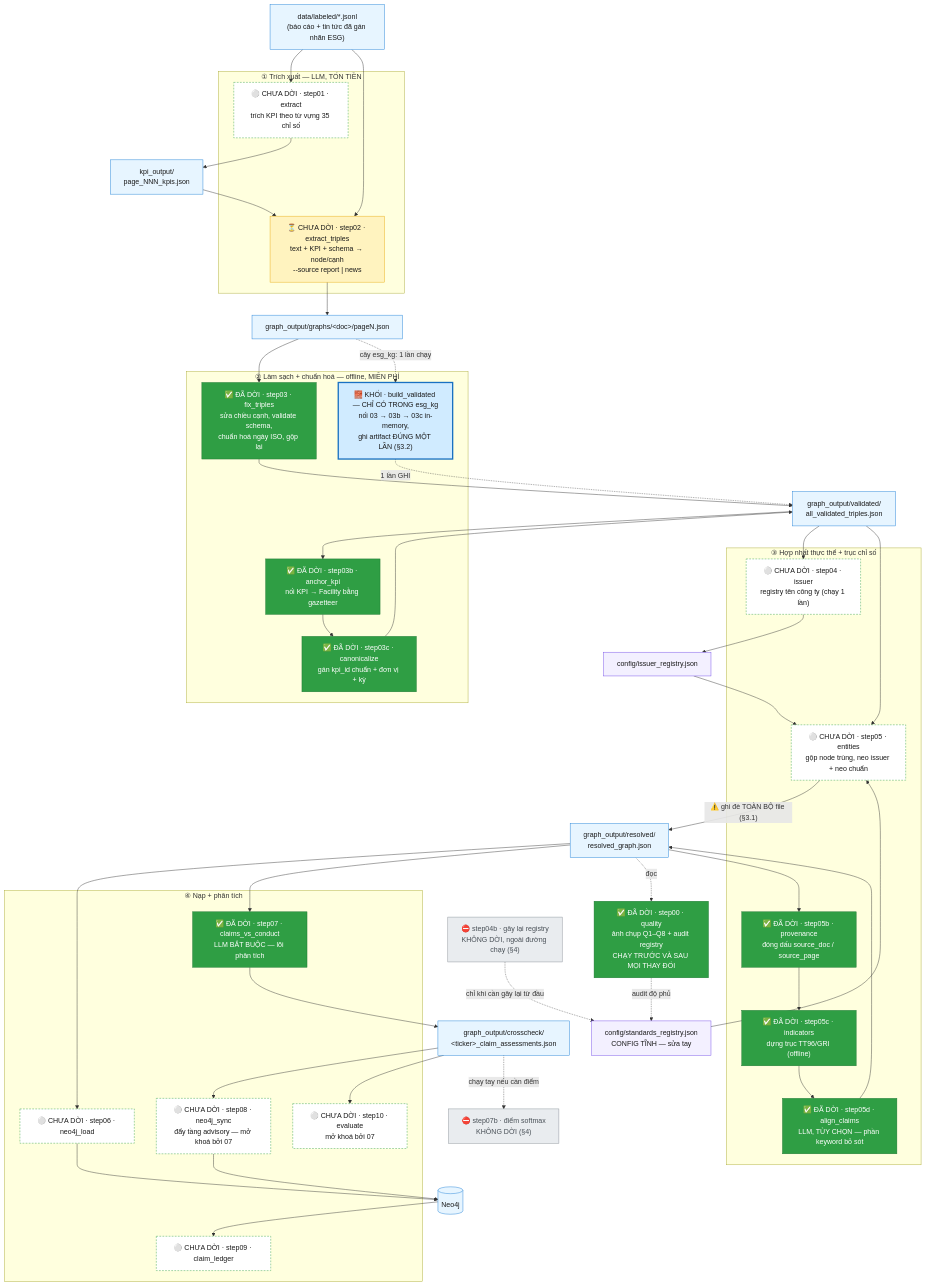
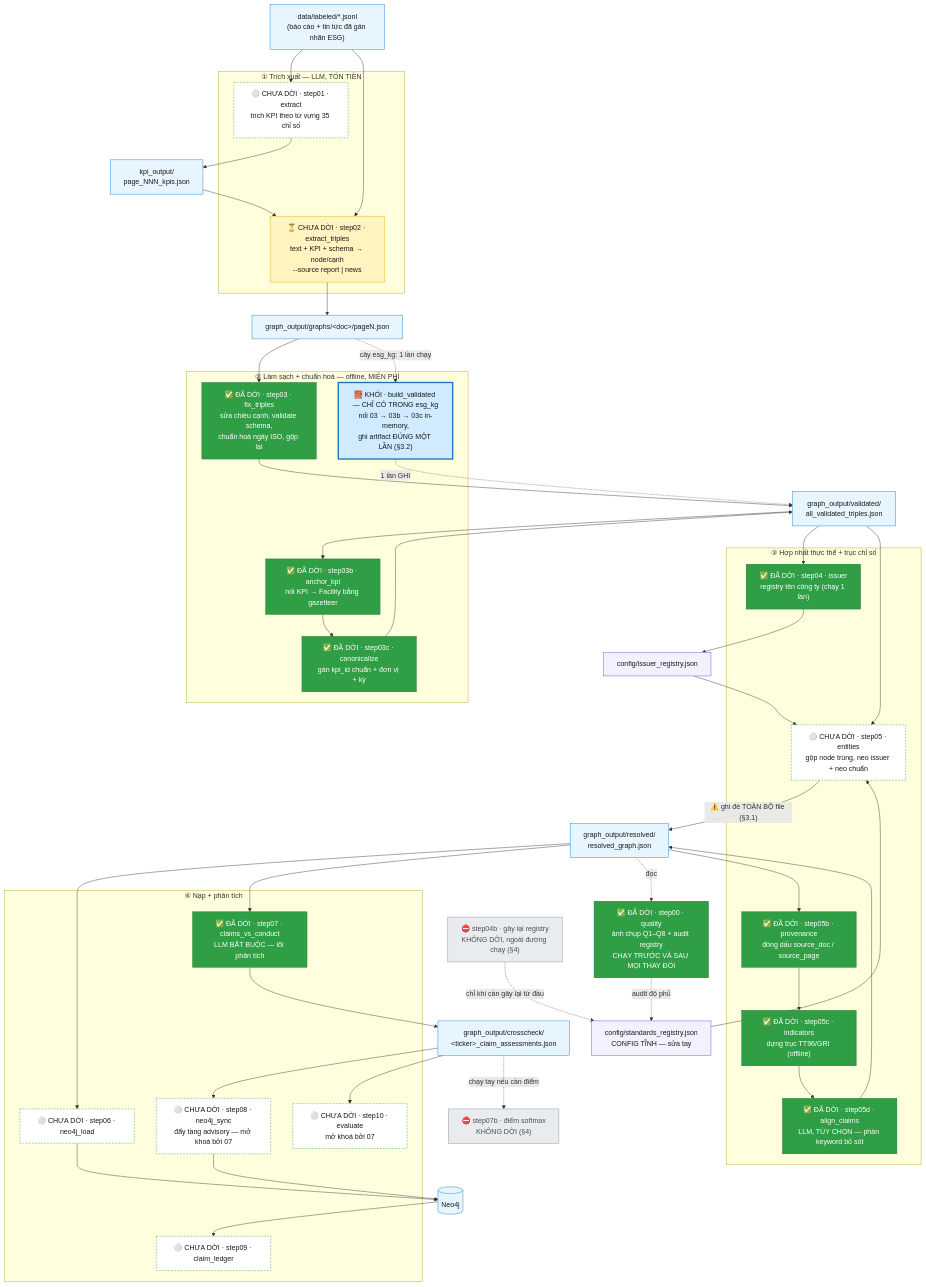
One commit to TranBaDat2607/capstone_test1 changed the first of 4 diagrams in src_module/PIPELINE.md. Above: the diagram before and after it, drawn with Mermaid. The commit also changed other lines of this file and 5 other files, not shown here.

First line of the commit message:
refactor(esg_kg): move step04 to registry/issuer.py (9th stage migrated)

````diff
--- a/src_module/PIPELINE.md
+++ b/src_module/PIPELINE.md
@@ -90,75 +110,75 @@
 ```mermaid
 flowchart TD
     classDef migrated fill:#2f9e44,stroke:#1a7431,color:#ffffff
     classDef ready    fill:#ffffff,stroke:#2f9e44,stroke-dasharray:4 3,color:#1a1a1a
     classDef pending  fill:#fff3bf,stroke:#e8a90c,color:#1a1a1a
     classDef notport  fill:#e9ecef,stroke:#868e96,color:#495057
     classDef data     fill:#e7f5ff,stroke:#1c7ed6,color:#1a1a1a
     classDef cfg      fill:#f3f0ff,stroke:#7048e8,color:#1a1a1a
     classDef block    fill:#d0ebff,stroke:#1971c2,stroke-width:3px,color:#1a1a1a
 
     JSONL["data/labeled/*.jsonl<br/>(báo cáo + tin tức đã gán nhãn ESG)"]:::data
 
     subgraph P1["① Trích xuất — LLM, TỐN TIỀN"]
         S01["⚪ CHƯA DỜI · step01 · extract<br/>trích KPI theo từ vựng 35 chỉ số"]:::ready
         S02["⏳ CHƯA DỜI · step02 · extract_triples<br/>text + KPI + schema → node/cạnh<br/>--source report | news"]:::pending
     end
 
     KPIOUT["kpi_output/<br/>page_NNN_kpis.json"]:::data
     GRAPHS["graph_output/graphs/&lt;doc&gt;/pageN.json"]:::data
 
     subgraph P2["② Làm sạch + chuẩn hoá — offline, MIỄN PHÍ"]
         S03["✅ ĐÃ DỜI · step03 · fix_triples<br/>sửa chiều cạnh, validate schema,<br/>chuẩn hoá ngày ISO, gộp lại"]:::migrated
         S03B["✅ ĐÃ DỜI · step03b · anchor_kpi<br/>nối KPI → Facility bằng gazetteer"]:::migrated
         S03C["✅ ĐÃ DỜI · step03c · canonicalize<br/>gán kpi_id chuẩn + đơn vị + kỳ"]:::migrated
         BLK["🧱 KHỐI · build_validated — CHỈ CÓ TRONG esg_kg<br/>nối 03 → 03b → 03c in-memory,<br/>ghi artifact ĐÚNG MỘT LẦN (§3.2)"]:::block
     end
 
     VALID["graph_output/validated/<br/>all_validated_triples.json"]:::data
 
     subgraph P3["③ Hợp nhất thực thể + trục chỉ số"]
-        S04["⚪ CHƯA DỜI · step04 · issuer<br/>registry tên công ty (chạy 1 lần)"]:::ready
+        S04["✅ ĐÃ DỜI · step04 · issuer<br/>registry tên công ty (chạy 1 lần)"]:::migrated
         S05["⚪ CHƯA DỜI · step05 · entities<br/>gộp node trùng, neo issuer + neo chuẩn"]:::ready
         S05B["✅ ĐÃ DỜI · step05b · provenance<br/>đóng dấu source_doc / source_page"]:::migrated
         S05C["✅ ĐÃ DỜI · step05c · indicators<br/>dựng trục TT96/GRI (offline)"]:::migrated
         S05D["✅ ĐÃ DỜI · step05d · align_claims<br/>LLM, TÙY CHỌN — phần keyword bỏ sót"]:::migrated
     end
 
     RESOLVED["graph_output/resolved/<br/>resolved_graph.json"]:::data
 
     subgraph P4["④ Nạp + phân tích"]
         S06["⚪ CHƯA DỜI · step06 · neo4j_load"]:::ready
         S07["✅ ĐÃ DỜI · step07 · claims_vs_conduct<br/>LLM BẮT BUỘC — lõi phân tích"]:::migrated
         S08["⚪ CHƯA DỜI · step08 · neo4j_sync<br/>đẩy tầng advisory — mở khoá bởi 07"]:::ready
         S09["⚪ CHƯA DỜI · step09 · claim_ledger"]:::ready
         S10["⚪ CHƯA DỜI · step10 · evaluate<br/>mở khoá bởi 07"]:::ready
     end
 
     REGI["config/issuer_registry.json"]:::cfg
     REGS["config/standards_registry.json<br/>CONFIG TĨNH — sửa tay"]:::cfg
     DOSSIER["graph_output/crosscheck/<br/>&lt;ticker&gt;_claim_assessments.json"]:::data
     NEO[("Neo4j")]:::data
 
     S00["✅ ĐÃ DỜI · step00 · quality<br/>ảnh chụp Q1–Q8 + audit registry<br/>CHẠY TRƯỚC VÀ SAU MỌI THAY ĐỔI"]:::migrated
     S07B["⛔ step07b · điểm softmax<br/>KHÔNG DỜI (§4)"]:::notport
     S04B["⛔ step04b · gây lại registry<br/>KHÔNG DỜI, ngoài đường chạy (§4)"]:::notport
 
     JSONL --> S01 --> KPIOUT --> S02
     JSONL --> S02 --> GRAPHS --> S03 --> VALID
     VALID --> S03B --> S03C --> VALID
     GRAPHS -.->|"cây esg_kg: 1 lần chạy"| BLK -.->|"1 lần GHI"| VALID
     VALID --> S04 --> REGI --> S05
     REGS --> S05
     VALID --> S05
     S05 -->|"⚠️ ghi đè TOÀN BỘ file (§3.1)"| RESOLVED
     RESOLVED --> S05B --> S05C --> S05D --> RESOLVED
     RESOLVED --> S06 --> NEO
     RESOLVED --> S07 --> DOSSIER --> S08 --> NEO
     NEO --> S09
     DOSSIER --> S10
 
     RESOLVED -.->|"đọc"| S00
     S00 -.->|"audit độ phủ"| REGS
     S04B -.->|"chỉ khi cần gây lại từ đầu"| REGS
     DOSSIER -.->|"chạy tay nếu cần điểm"| S07B
 ```
````
